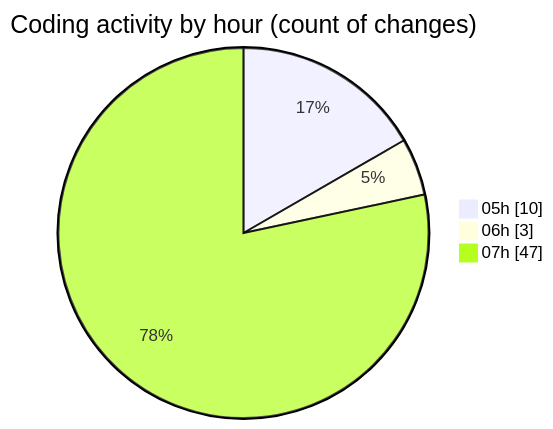
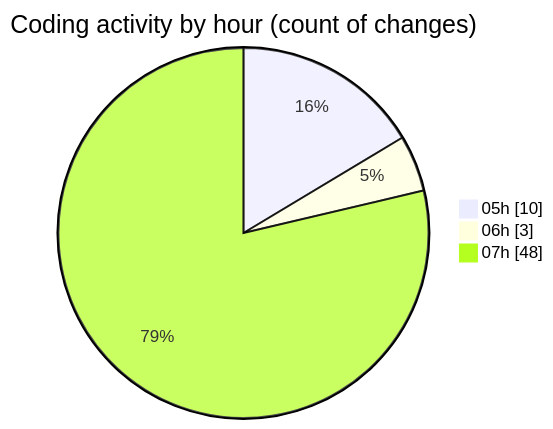
Before and after one commit to vahidmafi/code-tracking: the second of 2 diagrams in 2025-09-06/shop/README.md, drawn with Mermaid. The commit also changed other lines of this file and 1 other file, not shown here.

````diff
--- a/2025-09-06/shop/README.md
+++ b/2025-09-06/shop/README.md
@@ -40,7 +41,7 @@
 ```mermaid
 pie showData
 title Coding activity by hour (count of changes)
 "05h" : 10
 "06h" : 3
-"07h" : 47
+"07h" : 48
 ```
````
